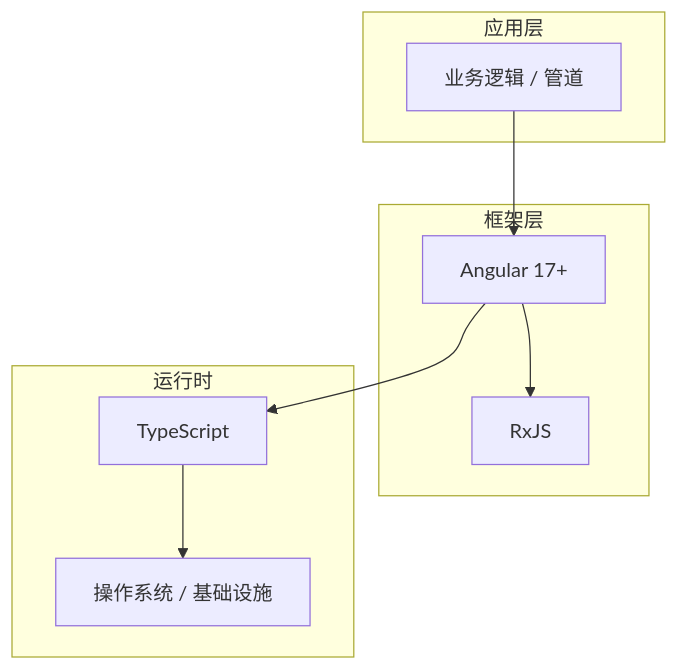
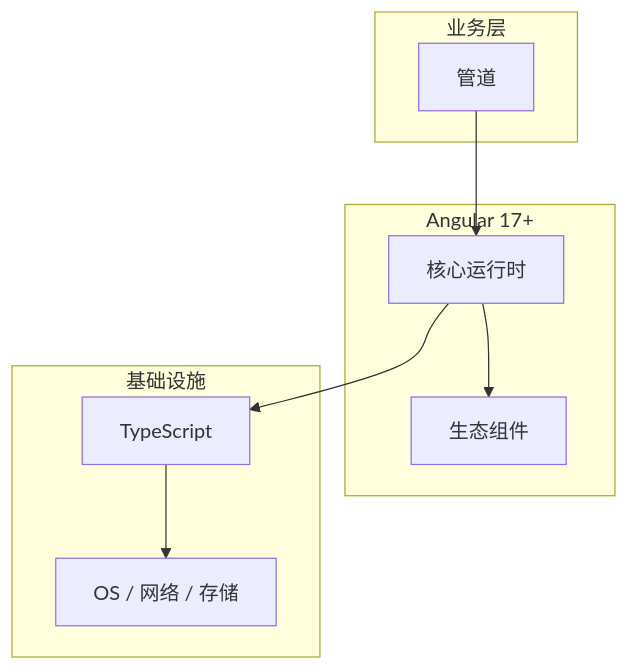
The diagram in articles/Angular/chapters/031-管道核心概念与原理.md (yanggan2015/knowledge-json-v2), drawn with Mermaid before and after one commit. The commit also changed other lines of this file and 10127 other files, not shown here.

````diff
--- a/articles/Angular/chapters/031-管道核心概念与原理.md
+++ b/articles/Angular/chapters/031-管道核心概念与原理.md
@@ -45,18 +34,18 @@
 ```mermaid
 graph TB
-    subgraph 应用层
-        A[业务逻辑 / 管道]
+    subgraph 业务层
+        A[管道]
     end
-    subgraph 框架层
-        B[Angular 17+]
-        C[RxJS]
+    subgraph Angular 17+
+        B[核心运行时]
+        C[生态组件]
     end
-    subgraph 运行时
+    subgraph 基础设施
         D[TypeScript]
-        E[操作系统 / 基础设施]
+        E[OS / 网络 / 存储]
     end
     A --> B
     B --> C
     B --> D
     D --> E
 ```
````
